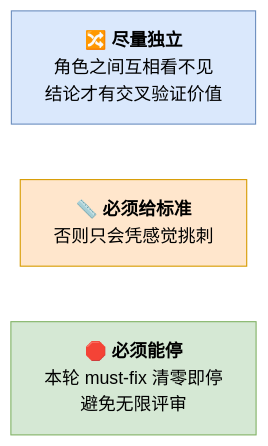
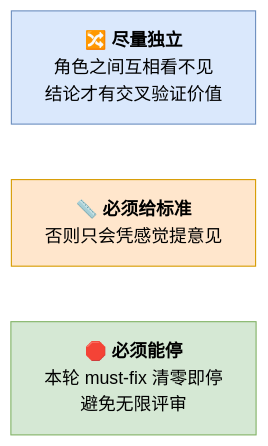
The third of 7 diagrams in 全员认知培训/研发AI提效落地方案·流程先行（试行）.md (Woaini654321/efficiency-improvement), drawn with Mermaid (forest theme) before and after one commit. The commit also changed other lines of this file, not shown here.

````diff
--- a/全员认知培训/研发AI提效落地方案·流程先行（试行）.md
+++ b/全员认知培训/研发AI提效落地方案·流程先行（试行）.md
@@ -141,9 +141,9 @@
 ```mermaid
 flowchart LR
     P1["🔀 <b>尽量独立</b><br/>角色之间互相看不见<br/>结论才有交叉验证价值"]
-    P2["📏 <b>必须给标准</b><br/>否则只会凭感觉挑刺"]
+    P2["📏 <b>必须给标准</b><br/>否则只会凭感觉提意见"]
     P3["🛑 <b>必须能停</b><br/>本轮 must-fix 清零即停<br/>避免无限评审"]
     style P1 fill:#dae8fc,stroke:#6c8ebf
     style P2 fill:#ffe6cc,stroke:#d79b00
     style P3 fill:#d5e8d4,stroke:#82b366
 ```
````
